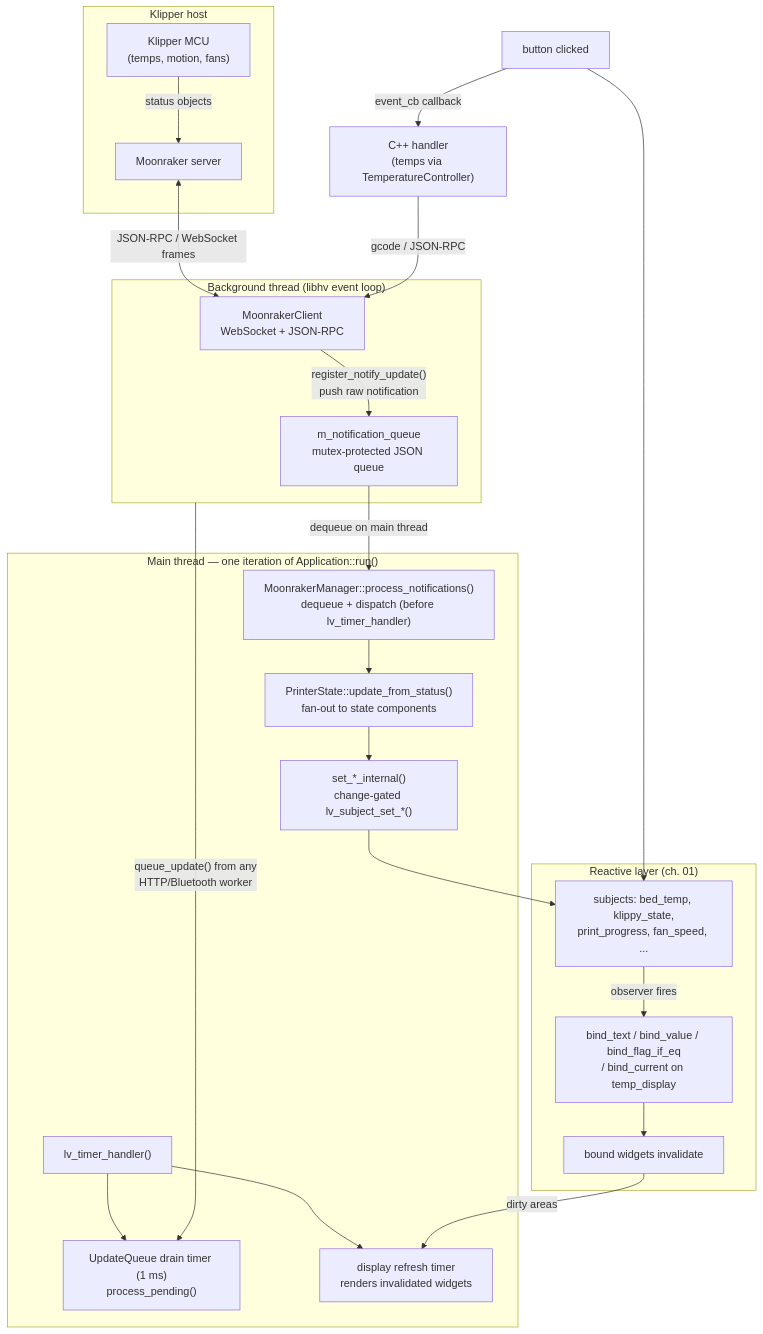
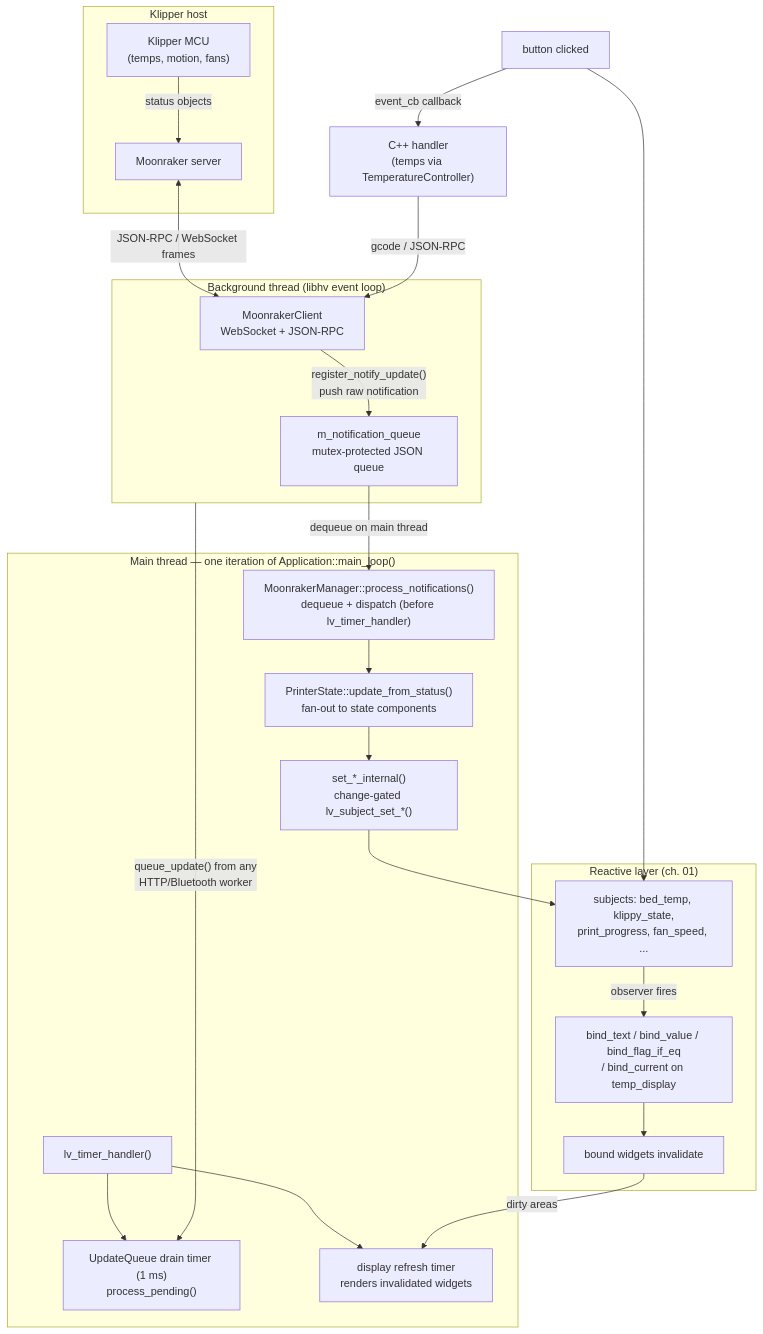
Before and after one commit to Klipper4FlashForge/helixscreen: the diagram in docs/devel/architecture/02-subjects-dataflow.md, drawn with Mermaid. The commit also changed other lines of this file, not shown here.

Commit message:
docs(architecture): ch 02 — name the main loop correctly
Review fix: the iterated loop containing check_timeouts() /
process_notifications() / lv_timer_handler() is Application::main_loop()
(application.cpp:3805), entered once from run() at :1142 — run() itself
is not iterated. Two strings corrected (mermaid subgraph label + prose
sentence); all cited line numbers already land inside main_loop().

Re-verified: check_doc_refs.py --devel exit 0; 210 lines; no remaining
Application::run-as-loop references (grep exits 1).

````diff
--- a/docs/devel/architecture/02-subjects-dataflow.md
+++ b/docs/devel/architecture/02-subjects-dataflow.md
@@ -7,44 +7,44 @@
 ```mermaid
 flowchart TD
     subgraph REMOTE["Klipper host"]
         KL["Klipper MCU<br/>(temps, motion, fans)"]
         MR["Moonraker server"]
         KL -->|"status objects"| MR
     end
 
     subgraph BG["Background thread (libhv event loop)"]
         WS["MoonrakerClient<br/>WebSocket + JSON-RPC"]
         NQ["m_notification_queue<br/>mutex-protected JSON queue"]
         WS -->|"register_notify_update()<br/>push raw notification"| NQ
     end
 
     MR <-- "JSON-RPC / WebSocket frames" --> WS
 
-    subgraph MAIN["Main thread — one iteration of Application::run()"]
+    subgraph MAIN["Main thread — one iteration of Application::main_loop()"]
         DEQ["MoonrakerManager::process_notifications()<br/>dequeue + dispatch (before lv_timer_handler)"]
         UPD["PrinterState::update_from_status()<br/>fan-out to state components"]
         SET["set_*_internal()<br/>change-gated lv_subject_set_*()"]
         TH["lv_timer_handler()"]
         UQ["UpdateQueue drain timer (1 ms)<br/>process_pending()"]
         REFR["display refresh timer<br/>renders invalidated widgets"]
         DEQ --> UPD --> SET
         TH --> UQ
         TH --> REFR
     end
 
     NQ -->|"dequeue on main thread"| DEQ
     BG -->|"queue_update() from any<br/>HTTP/Bluetooth worker"| UQ
 
     subgraph REACT["Reactive layer (ch. 01)"]
         SUBJ["subjects: bed_temp, klippy_state,<br/>print_progress, fan_speed, ..."]
         BIND["bind_text / bind_value / bind_flag_if_eq<br/>/ bind_current on temp_display"]
         W["bound widgets invalidate"]
         SUBJ -->|"observer fires"| BIND --> W
     end
     SET --> SUBJ
     W -->|"dirty areas"| REFR
 
     BTN["button clicked"] -->|"event_cb callback"| CTRL["C++ handler<br/>(temps via TemperatureController)"]
     BTN --> SUBJ
     CTRL -->|"gcode / JSON-RPC"| WS
 ```
````
